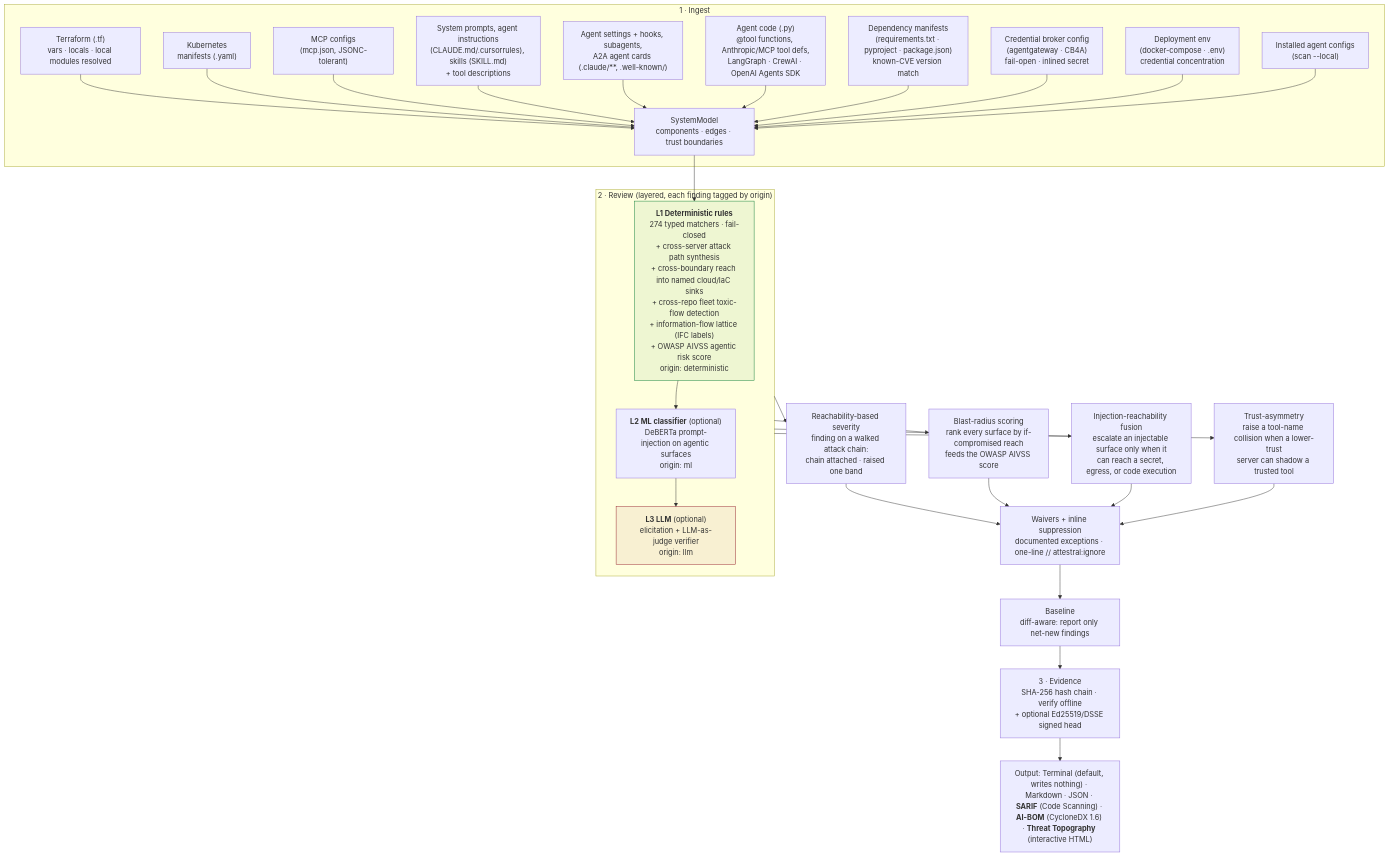
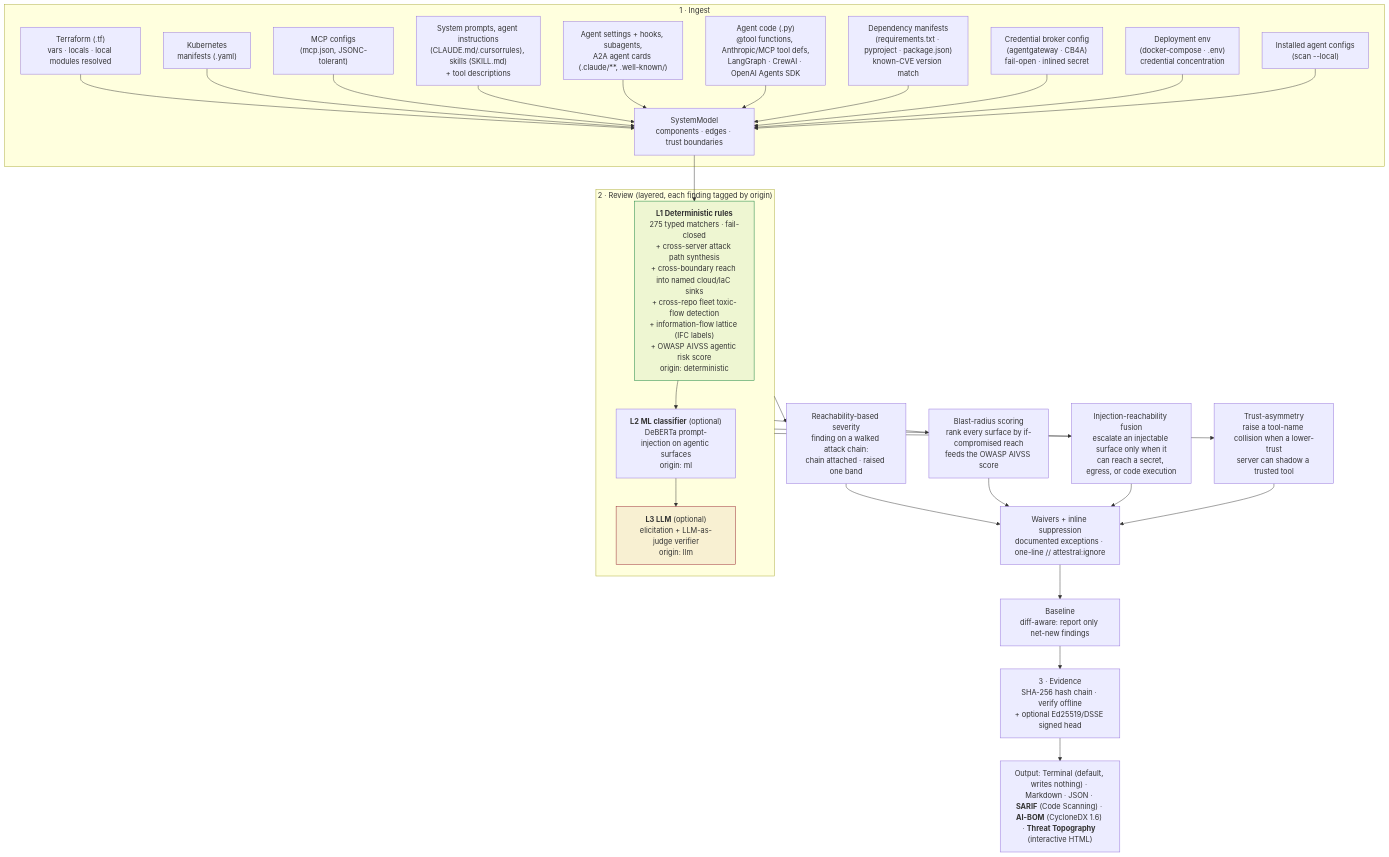
The first of 5 diagrams in README.md (attestral-labs/attestral), drawn with Mermaid before and after one commit. The commit also changed other lines of this file and 10 other files, not shown here.

````diff
--- a/README.md
+++ b/README.md
@@ -124,36 +124,36 @@
 ```mermaid
 flowchart TB
     subgraph ING["1 · Ingest"]
         TF["Terraform (.tf)<br/>vars · locals · local modules resolved"] --> M
         K8S["Kubernetes<br/>manifests (.yaml)"] --> M
         MCP["MCP configs<br/>(mcp.json, JSONC-tolerant)"] --> M
         SP["System prompts, agent instructions<br/>(CLAUDE.md/.cursorrules), skills (SKILL.md)<br/>+ tool descriptions"] --> M
         AC["Agent settings + hooks, subagents,<br/>A2A agent cards (.claude/**, .well-known/)"] --> M
         CODE["Agent code (.py)<br/>@tool functions, Anthropic/MCP tool defs,<br/>LangGraph · CrewAI · OpenAI Agents SDK"] --> M
         DEP["Dependency manifests<br/>(requirements.txt · pyproject · package.json)<br/>known-CVE version match"] --> M
         GW["Credential broker config<br/>(agentgateway · CB4A)<br/>fail-open · inlined secret"] --> M
         DENV["Deployment env<br/>(docker-compose · .env)<br/>credential concentration"] --> M
         LC["Installed agent configs<br/>(scan --local)"] --> M
         M["SystemModel<br/>components · edges · trust boundaries"]
     end
     M --> L1
     subgraph REV["2 · Review (layered, each finding tagged by origin)"]
-        L1["<b>L1 Deterministic rules</b><br/>274 typed matchers · fail-closed<br/>+ cross-server attack path synthesis<br/>+ cross-boundary reach into named cloud/IaC sinks<br/>+ cross-repo fleet toxic-flow detection<br/>+ information-flow lattice (IFC labels)<br/>+ OWASP AIVSS agentic risk score<br/>origin: deterministic"]
+        L1["<b>L1 Deterministic rules</b><br/>275 typed matchers · fail-closed<br/>+ cross-server attack path synthesis<br/>+ cross-boundary reach into named cloud/IaC sinks<br/>+ cross-repo fleet toxic-flow detection<br/>+ information-flow lattice (IFC labels)<br/>+ OWASP AIVSS agentic risk score<br/>origin: deterministic"]
         L2["<b>L2 ML classifier</b> (optional)<br/>DeBERTa prompt-injection on agentic surfaces<br/>origin: ml"]
         L3["<b>L3 LLM</b> (optional)<br/>elicitation + LLM-as-judge verifier<br/>origin: llm"]
         L1 --> L2 --> L3
     end
     REV --> RS["Reachability-based severity<br/>finding on a walked attack chain:<br/>chain attached · raised one band"]
     REV --> BR["Blast-radius scoring<br/>rank every surface by if-compromised reach<br/>feeds the OWASP AIVSS score"]
     REV --> IR["Injection-reachability fusion<br/>escalate an injectable surface only when it<br/>can reach a secret, egress, or code execution"]
     REV --> TA["Trust-asymmetry<br/>raise a tool-name collision when a lower-trust<br/>server can shadow a trusted tool"]
     RS --> W["Waivers + inline suppression<br/>documented exceptions · one-line // attestral:ignore"]
     BR --> W
     IR --> W
     TA --> W
     W --> BL["Baseline<br/>diff-aware: report only net-new findings"]
     BL --> EV["3 · Evidence<br/>SHA-256 hash chain · verify offline<br/>+ optional Ed25519/DSSE signed head"]
     EV --> OUT["Output: Terminal (default, writes nothing) · Markdown · JSON · <b>SARIF</b> (Code Scanning) · <b>AI-BOM</b> (CycloneDX 1.6) · <b>Threat Topography</b> (interactive HTML)"]
     style L1 fill:#0a7d3611,stroke:#0a7d36
     style L3 fill:#96222E11,stroke:#96222E
 ```
````
